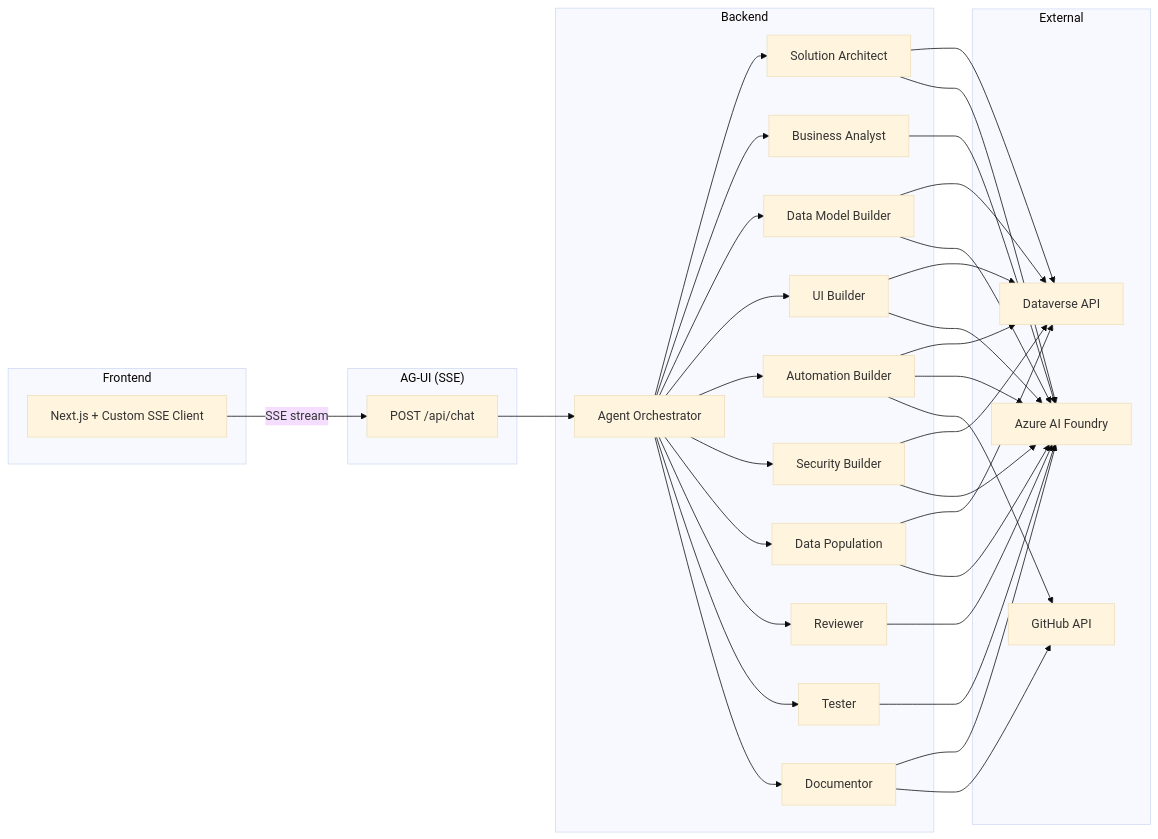
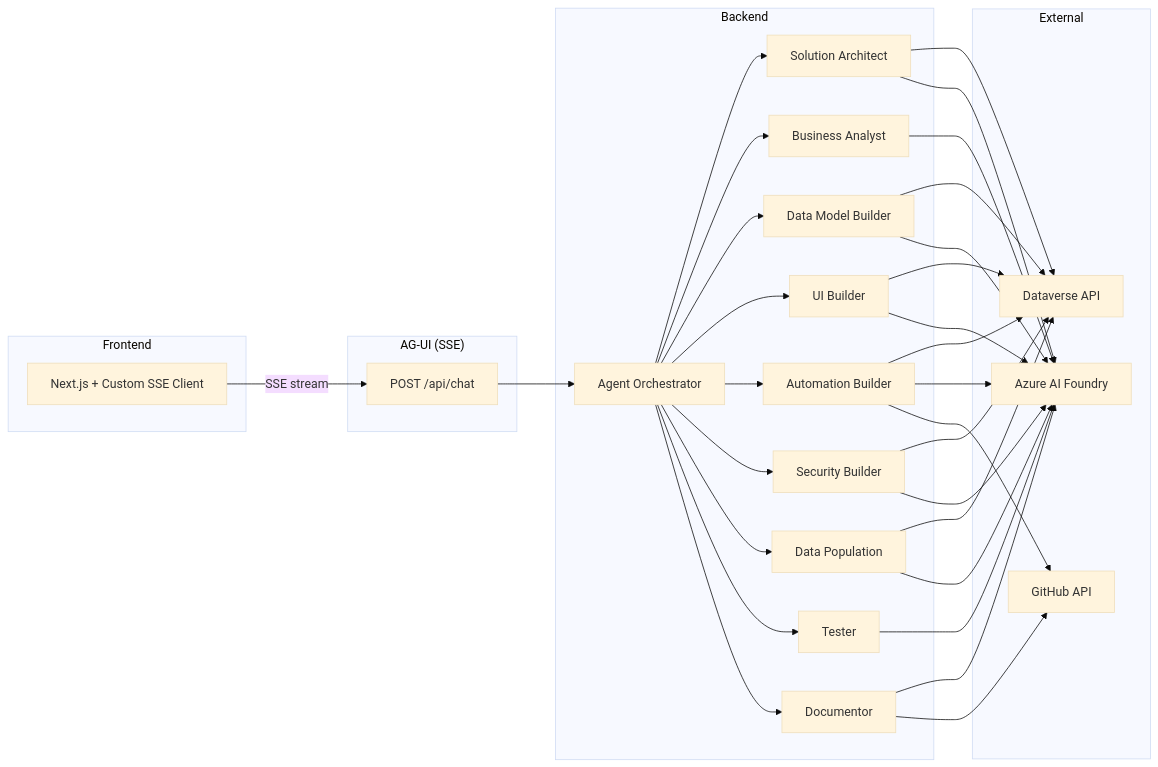
One commit to allandecastro/dataverse-ai-forge changed the diagram in README.md. Above: the diagram before and after it, drawn with Mermaid (base theme). The commit also changed other lines of this file and 32 other files, not shown here.

````diff
--- a/README.md
+++ b/README.md
@@ -5,37 +5,36 @@
 ```mermaid
 graph LR
     subgraph Frontend
         UI[Next.js + Custom SSE Client]
     end
 
     subgraph "AG-UI (SSE)"
         SSE[POST /api/chat]
     end
 
     subgraph Backend
         Orch[Agent Orchestrator]
         SA[Solution Architect]
         BA[Business Analyst]
         DMB[Data Model Builder]
         UIB[UI Builder]
         AB[Automation Builder]
         SB[Security Builder]
         DP[Data Population]
-        Rev[Reviewer]
         Test[Tester]
         Doc[Documentor]
     end
 
     subgraph External
         AOI[Azure AI Foundry]
         DV[Dataverse API]
         GH[GitHub API]
     end
 
     UI -- SSE stream --> SSE
     SSE --> Orch
-    Orch --> SA & BA & DMB & UIB & AB & SB & DP & Rev & Test & Doc
+    Orch --> SA & BA & DMB & UIB & AB & SB & DP & Test & Doc
     SA & DMB & UIB & AB & SB & DP --> DV
-    SA & DMB & UIB & AB & SB & DP & BA & Rev & Test & Doc --> AOI
+    SA & DMB & UIB & AB & SB & DP & BA & Test & Doc --> AOI
     AB & Doc --> GH
 ```
````
